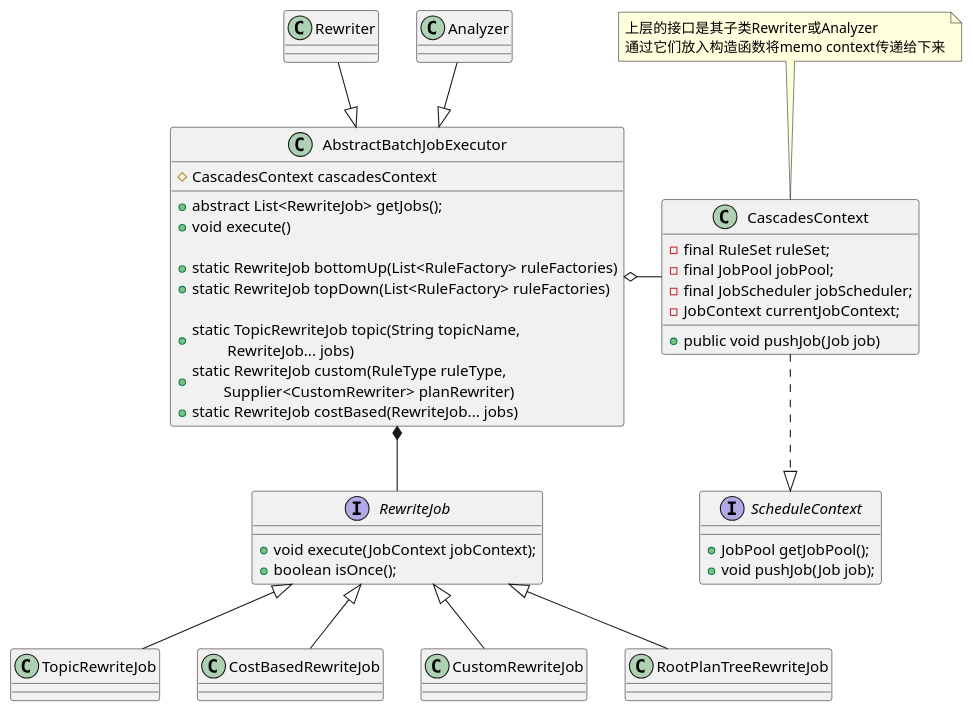
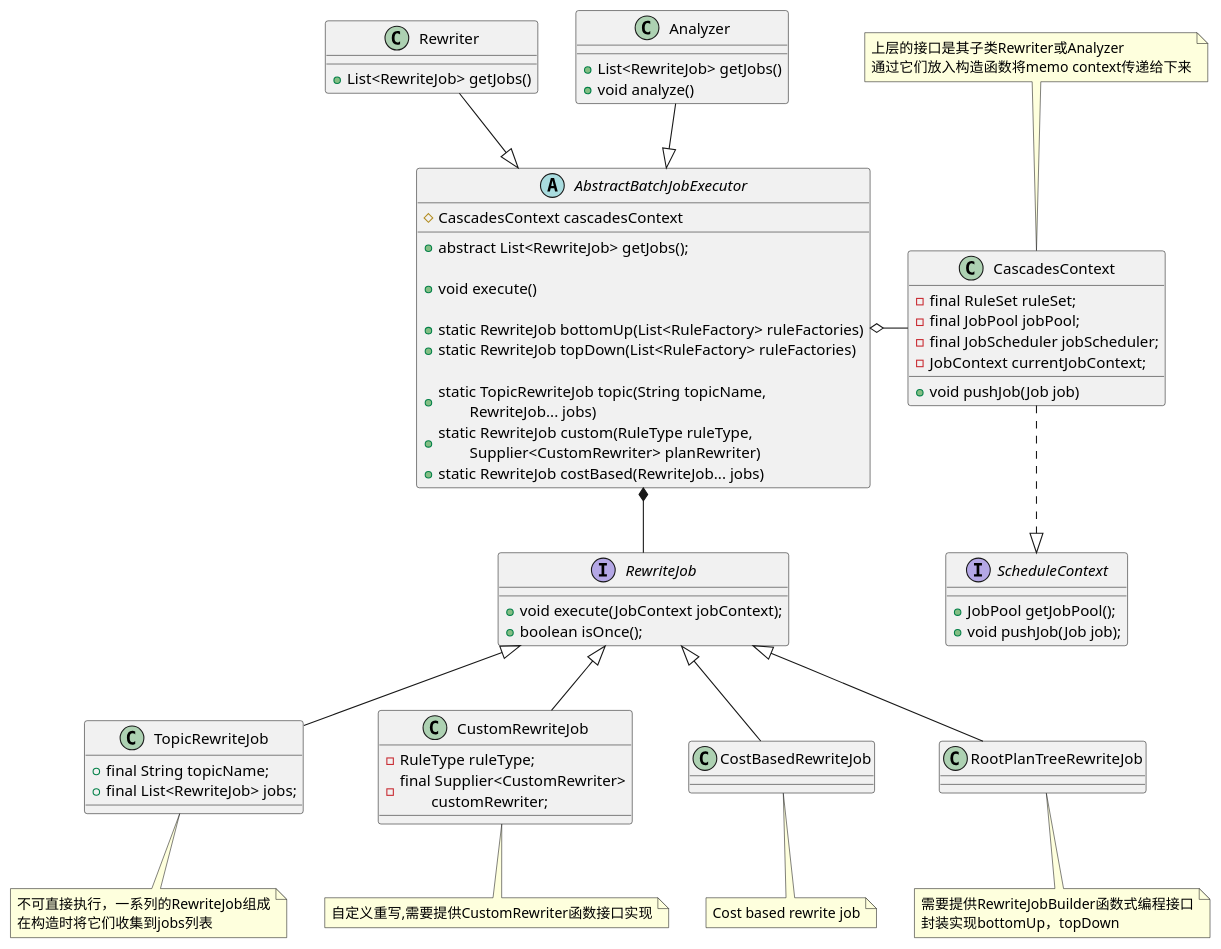
One commit to DepInjoy/geektime changed the first of 5 diagrams in doc/DB/Doris/SourceRead/01_00_RewriteFramework.md. Above: the diagram before and after it, drawn with PlantUML. The commit also changed other lines of this file and 2 other files, not shown here.

Commit message:
Rewrite Framework梳理

````diff
--- a/doc/DB/Doris/SourceRead/01_00_RewriteFramework.md
+++ b/doc/DB/Doris/SourceRead/01_00_RewriteFramework.md
@@ -1,47 +1,74 @@
 ```plantuml
 @startuml
-class AbstractBatchJobExecutor {
+abstract class AbstractBatchJobExecutor {
     # CascadesContext cascadesContext
     + abstract List<RewriteJob> getJobs();
+
     + void execute()
 
     + static RewriteJob bottomUp(List<RuleFactory> ruleFactories)
     + static RewriteJob topDown(List<RuleFactory> ruleFactories)
 
-    + static TopicRewriteJob topic(String topicName,\n\t RewriteJob... jobs)
-    + static RewriteJob custom(RuleType ruleType,\n \tSupplier<CustomRewriter> planRewriter)
+    + static TopicRewriteJob topic(String topicName,\n\tRewriteJob... jobs)
+    + static RewriteJob custom(RuleType ruleType,\n\tSupplier<CustomRewriter> planRewriter)
     + static RewriteJob costBased(RewriteJob... jobs)
 }
 
+class Rewriter {
+    + List<RewriteJob> getJobs()
+}
+
+class Analyzer {
+    + List<RewriteJob> getJobs()
+    + void analyze()
+}
 interface RewriteJob {
     + void execute(JobContext jobContext);
     + boolean isOnce();
 }
 
 class CascadesContext {
     - final RuleSet ruleSet;
     - final JobPool jobPool;
     - final JobScheduler jobScheduler;
     - JobContext currentJobContext;
-    + public void pushJob(Job job)
+    + void pushJob(Job job)
 }
 note top of CascadesContext : 上层的接口是其子类Rewriter或Analyzer\n通过它们放入构造函数将memo context传递给下来
 
 interface ScheduleContext {
     + JobPool getJobPool();
     + void pushJob(Job job);
 }
 
+class TopicRewriteJob {
+    + final String topicName;
+    + final List<RewriteJob> jobs;
+}
+note bottom : 不可直接执行，一系列的RewriteJob组成\n在构造时将它们收集到jobs列表
+
+class CustomRewriteJob {
+    - RuleType ruleType;
+    - final Supplier<CustomRewriter>\n\tcustomRewriter;
+}
+note bottom:自定义重写,需要提供CustomRewriter函数接口实现
+
+class CostBasedRewriteJob{}
+note bottom: Cost based rewrite job
+
+class RootPlanTreeRewriteJob {}
+note bottom: 需要提供RewriteJobBuilder函数式编程接口\n封装实现bottomUp，topDown
 Rewriter -down-|> AbstractBatchJobExecutor
 Analyzer -down-|> AbstractBatchJobExecutor
 
 CascadesContext -left-o AbstractBatchJobExecutor
 
 CascadesContext -down.|> ScheduleContext
 RewriteJob -up-* AbstractBatchJobExecutor
 TopicRewriteJob -up-|> RewriteJob
+CustomRewriteJob -up-|> RewriteJob
+
 CostBasedRewriteJob -up-|> RewriteJob
-CustomRewriteJob -up-|> RewriteJob
 RootPlanTreeRewriteJob -up-|> RewriteJob
 @enduml
 ```
````
